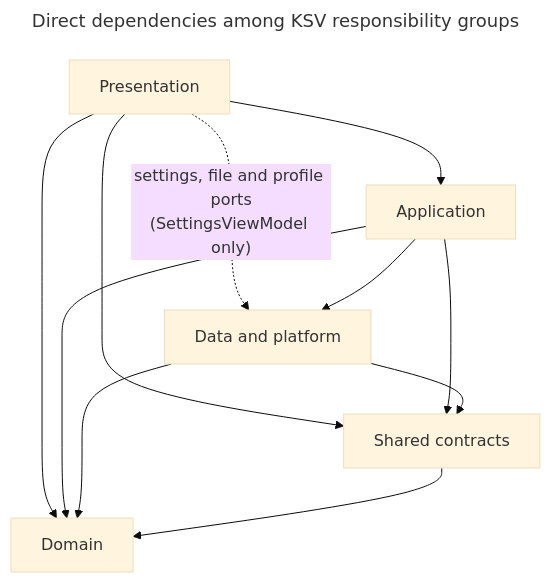
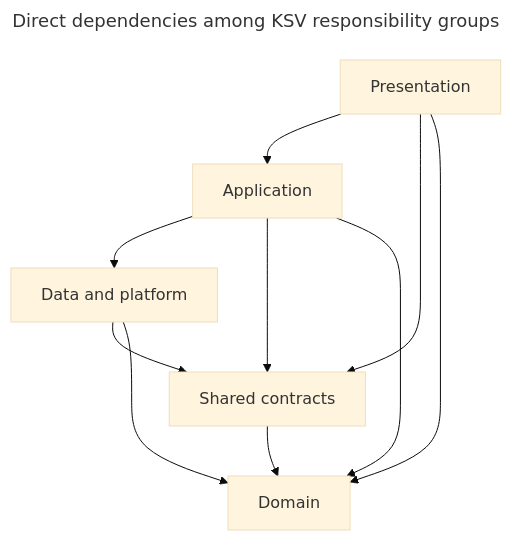
One commit to Leckatall/KovaaksStatisticsViewer changed the second of 2 diagrams in docs/architecture/README.md. Above: the diagram before and after it, drawn with Mermaid (base theme). The commit also changed other lines of this file and 3 other files, not shown here.

First line of the commit message:
docs(architecture): record the profile-locations use case

````diff
--- a/docs/architecture/README.md
+++ b/docs/architecture/README.md
@@ -59,24 +59,23 @@
 ```mermaid
 ---
 title: Direct dependencies among KSV responsibility groups
 ---
 flowchart TB
     accTitle: Direct dependencies among KSV responsibility groups
-    accDescr: Presentation uses Application, which uses Data and platform. Presentation, Application and Data and platform also use Shared contracts and Domain; Shared contracts uses Domain. SettingsViewModel additionally uses data-layer ports directly.
+    accDescr: Presentation uses Application, which uses Data and platform. Presentation, Application and Data and platform also use Shared contracts and Domain; Shared contracts uses Domain.
     Presentation["Presentation"]
     Application["Application"]
     Data["Data and platform"]
     Contracts["Shared contracts"]
     Domain["Domain"]
 
     Presentation --> Application
-    Presentation -.->|"settings, file and profile ports<br/>(SettingsViewModel only)"| Data
     Application --> Data
     Presentation --> Contracts
     Presentation --> Domain
     Application --> Contracts
     Data --> Contracts
     Application --> Domain
     Data --> Domain
     Contracts --> Domain
 ```
````
